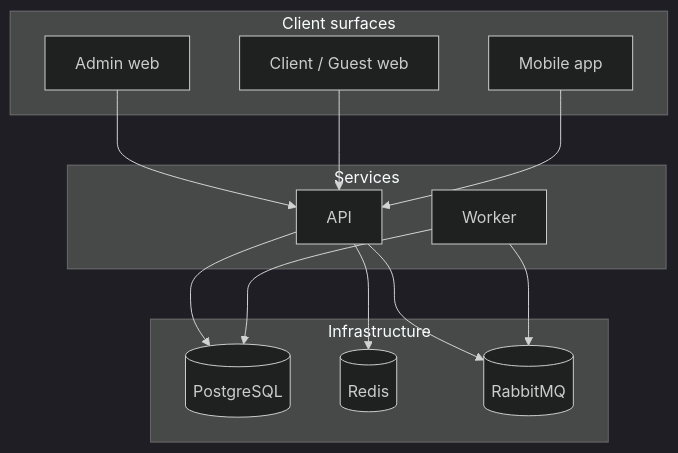
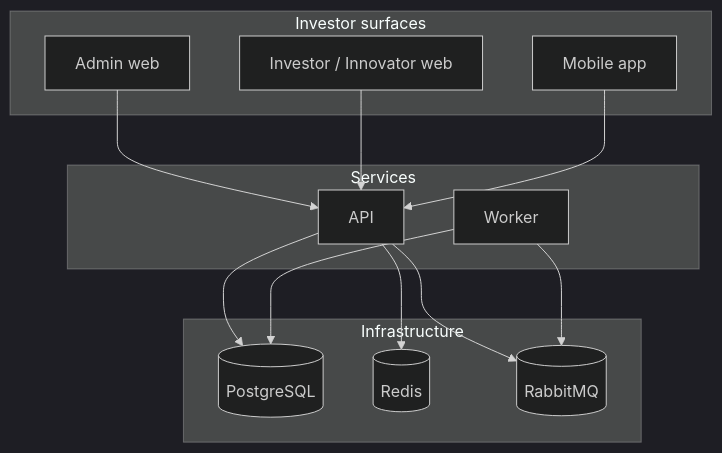
Before and after one commit to yashbanerjee/event-matchmaking: the fifth of 5 diagrams in docs/SYSTEM_FLOWS.md, drawn with Mermaid (dark theme). The commit also changed other lines of this file and 126 other files, not shown here.

First line of the commit message:
feat: investor–innovator matchmaking, interest-first scheduling, and admin UX

````diff
--- a/docs/SYSTEM_FLOWS.md
+++ b/docs/SYSTEM_FLOWS.md
@@ -479,25 +479,25 @@
 ```mermaid
 flowchart TB
-  subgraph surfaces [Client surfaces]
+  subgraph surfaces [Investor surfaces]
     AdminUI[Admin web]
-    PortalUI[Client / Guest web]
+    PortalUI[Investor / Innovator web]
     App[Mobile app]
   end
   subgraph services [Services]
     API[API]
     Worker[Worker]
   end
   subgraph infra [Infrastructure]
     DB[(PostgreSQL)]
     Cache[(Redis)]
     Queue[(RabbitMQ)]
   end
   AdminUI --> API
   PortalUI --> API
   App --> API
   API --> DB
   API --> Cache
   API --> Queue
   Worker --> Queue
   Worker --> DB
 ```
````
